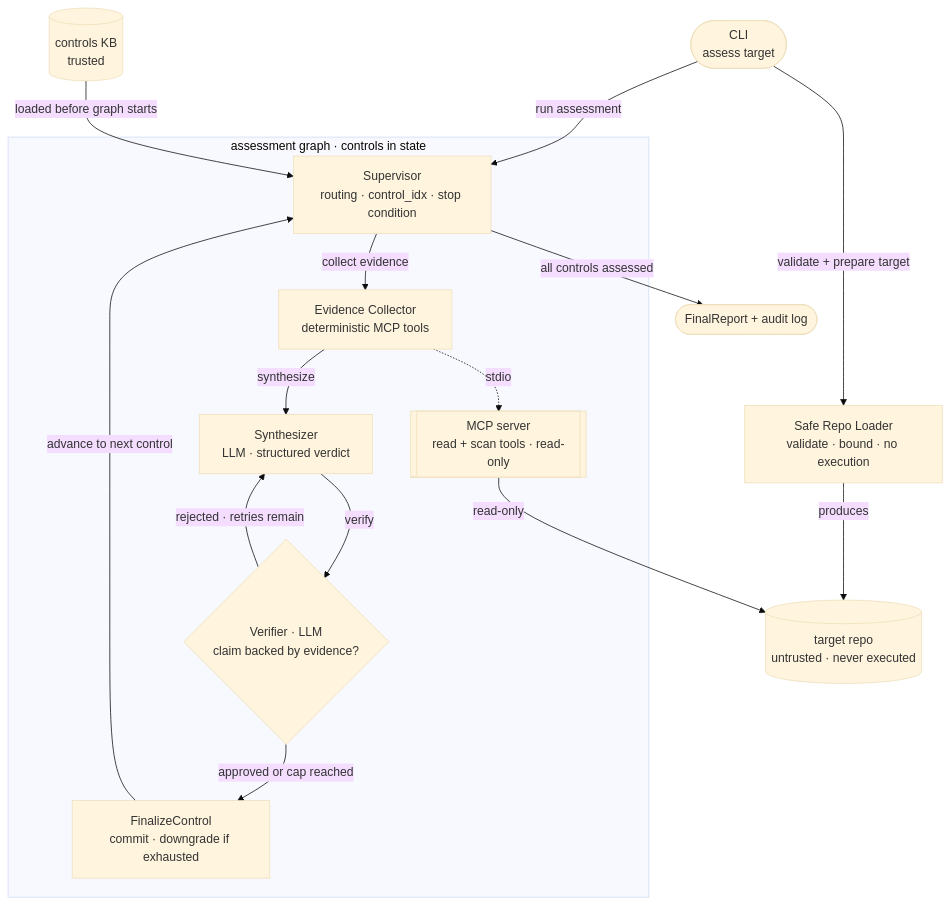
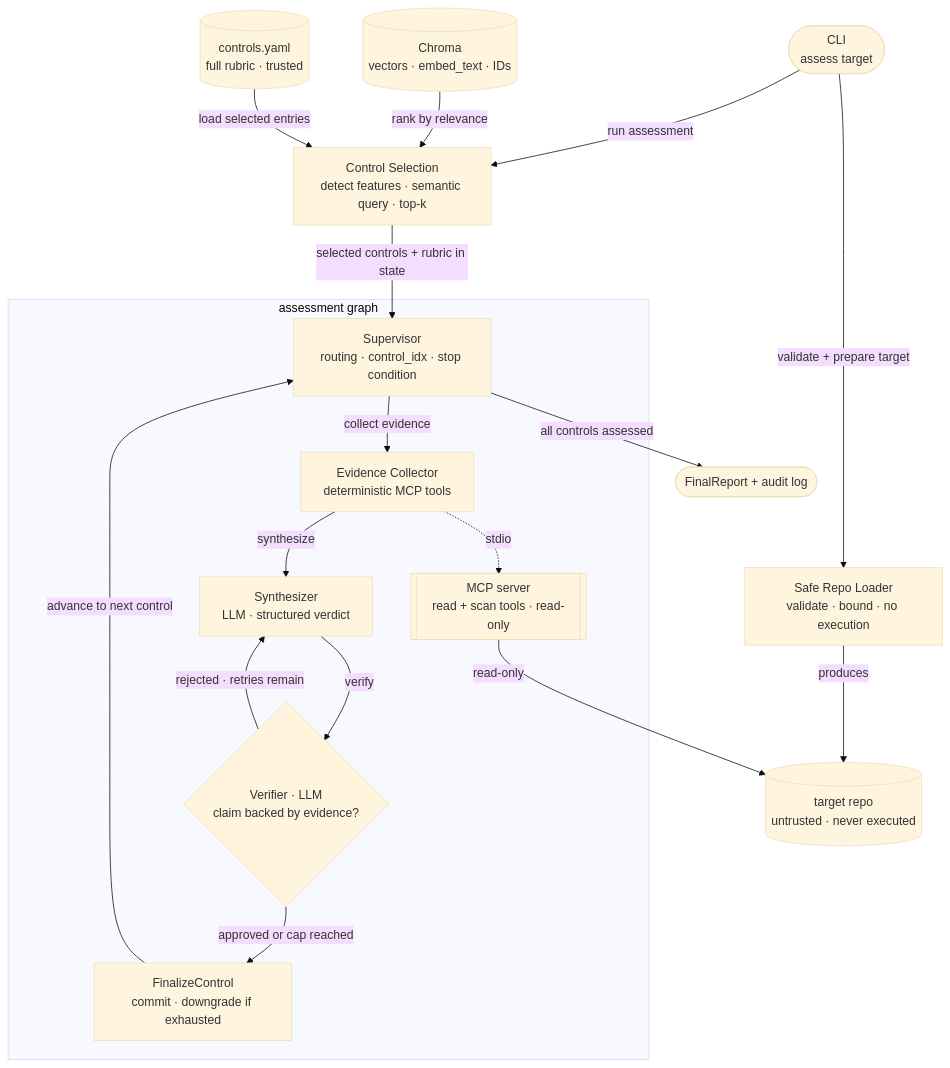
The first of 2 diagrams in docs/ARCHITECTURE.md (perspectivism/agentic-compliance-checker), drawn with Mermaid (base theme) before and after one commit. The commit also changed other lines of this file and 34 other files, not shown here.

First line of the commit message:
M5.5: semantic control selection, scanner hardening, NIST ID cleanup

````diff
--- a/docs/ARCHITECTURE.md
+++ b/docs/ARCHITECTURE.md
@@ -17,28 +17,30 @@
 ```mermaid
 flowchart TD
     CLI([CLI<br/>assess target])
 
     CLI -->|validate + prepare target| LOADER[Safe Repo Loader<br/>validate · bound · no execution]
     LOADER -->|produces| REPO[(target repo<br/>untrusted · never executed)]
 
-    CLI -->|run assessment| SUPERVISOR
+    CLI -->|run assessment| SELECTION[Control Selection<br/>detect features · semantic query · top-k]
+    CHROMA[(Chroma<br/>vectors · embed_text · IDs)] -->|rank by relevance| SELECTION
+    YAML[(controls.yaml<br/>full rubric · trusted)] -->|load selected entries| SELECTION
+    SELECTION -->|"selected controls + rubric in state"| SUPERVISOR
 
-    subgraph GRAPH [assessment graph · controls in state]
+    subgraph GRAPH [assessment graph]
         SUPERVISOR[Supervisor<br/>routing · control_idx · stop condition]
 
         SUPERVISOR -->|collect evidence| COLLECTOR[Evidence Collector<br/>deterministic MCP tools]
         COLLECTOR -. stdio .-> MCP[[MCP server<br/>read + scan tools · read-only]]
 
         COLLECTOR -->|synthesize| SYNTH[Synthesizer<br/>LLM · structured verdict]
         SYNTH -->|verify| VERIFIER{Verifier · LLM<br/>claim backed by evidence?}
 
         VERIFIER -->|approved or cap reached| FINALIZE[FinalizeControl<br/>commit · downgrade if exhausted]
         FINALIZE -->|"advance to next control"| SUPERVISOR
         VERIFIER -->|"rejected · retries remain"| SYNTH
     end
 
     SUPERVISOR -->|all controls assessed| FINAL([FinalReport + audit log])
 
-    KB[(controls KB<br/>trusted)] -->|"loaded before graph starts"| SUPERVISOR
     MCP -->|read-only| REPO
 ```
````
